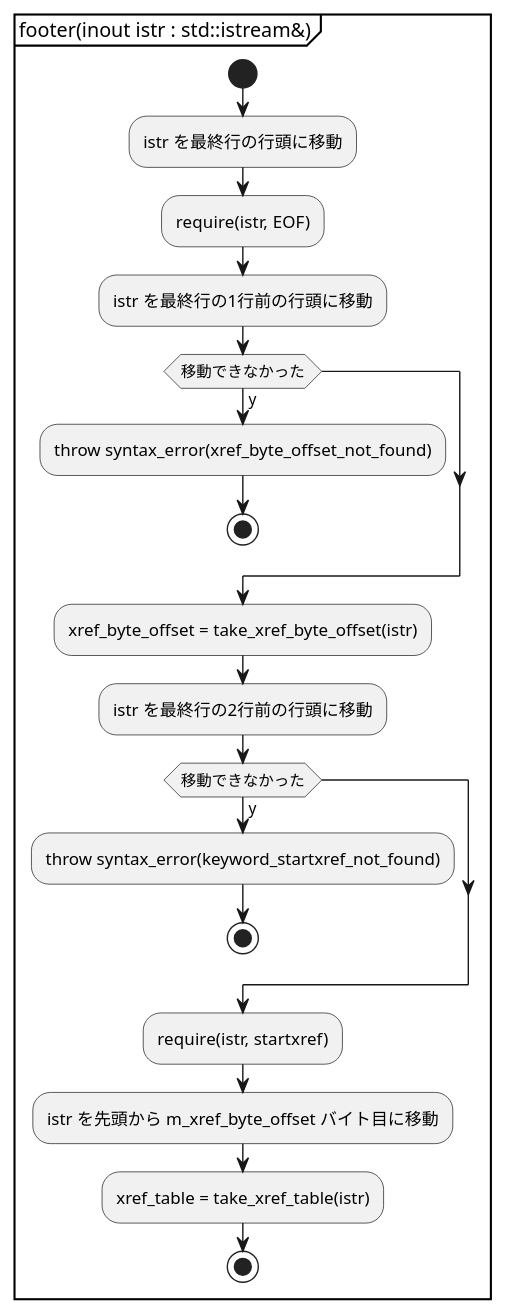
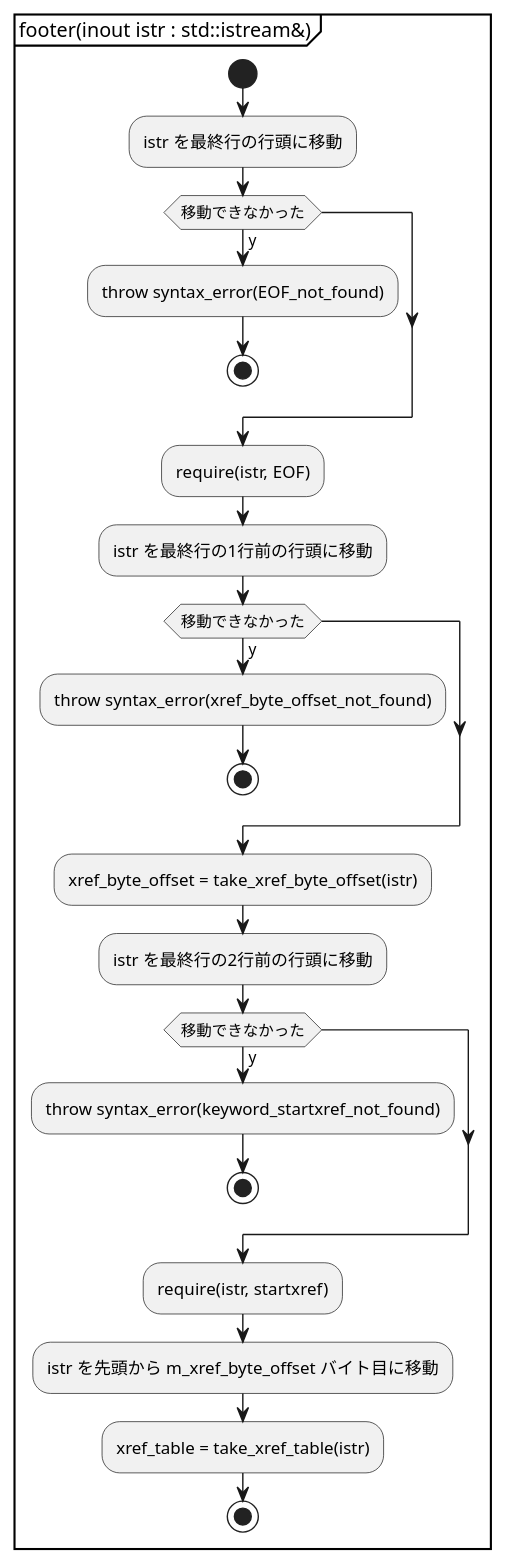
One commit to KodaiYM/PDFReader changed the third of 11 diagrams in document/parser.activity.pu. Above: the diagram before and after it, drawn with PlantUML. The commit also changed other lines of this file and 7 other files, not shown here.

```diff
--- a/document/parser.activity.pu
+++ b/document/parser.activity.pu
@@ -18,23 +21,27 @@
 @startuml footer
 partition "footer(inout istr : std::istream&)" {
 start
 	:istr を最終行の行頭に移動;
+	if (移動できなかった) then (y)
+		:throw syntax_error(EOF_not_found);
+		stop
+	endif
 	:require(istr, EOF);
 	:istr を最終行の1行前の行頭に移動;
 	if (移動できなかった) then (y)
 		:throw syntax_error(xref_byte_offset_not_found);
 		stop
 	endif
 	:xref_byte_offset = take_xref_byte_offset(istr);
 	:istr を最終行の2行前の行頭に移動;
 	if (移動できなかった) then (y)
 		:throw syntax_error(keyword_startxref_not_found);
 		stop
 	endif
 	:require(istr, startxref);
 
 	:istr を先頭から m_xref_byte_offset バイト目に移動;
 	:xref_table = take_xref_table(istr);
 stop
 }
 @enduml
```
